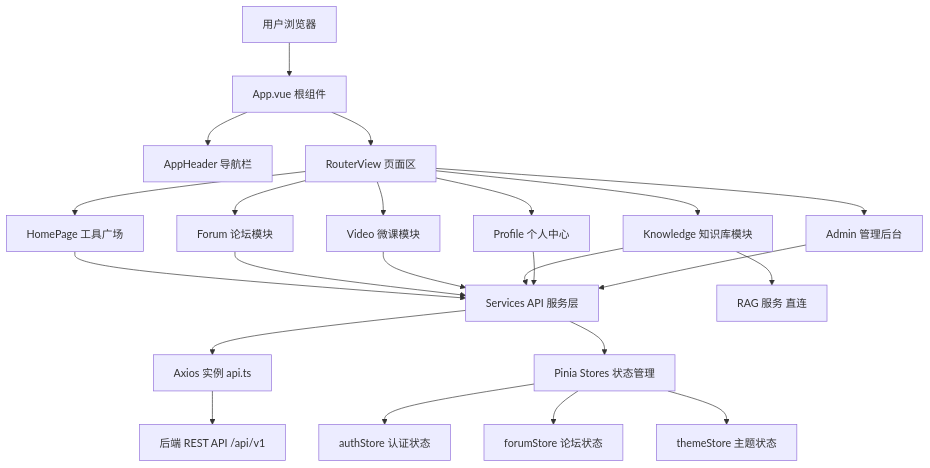
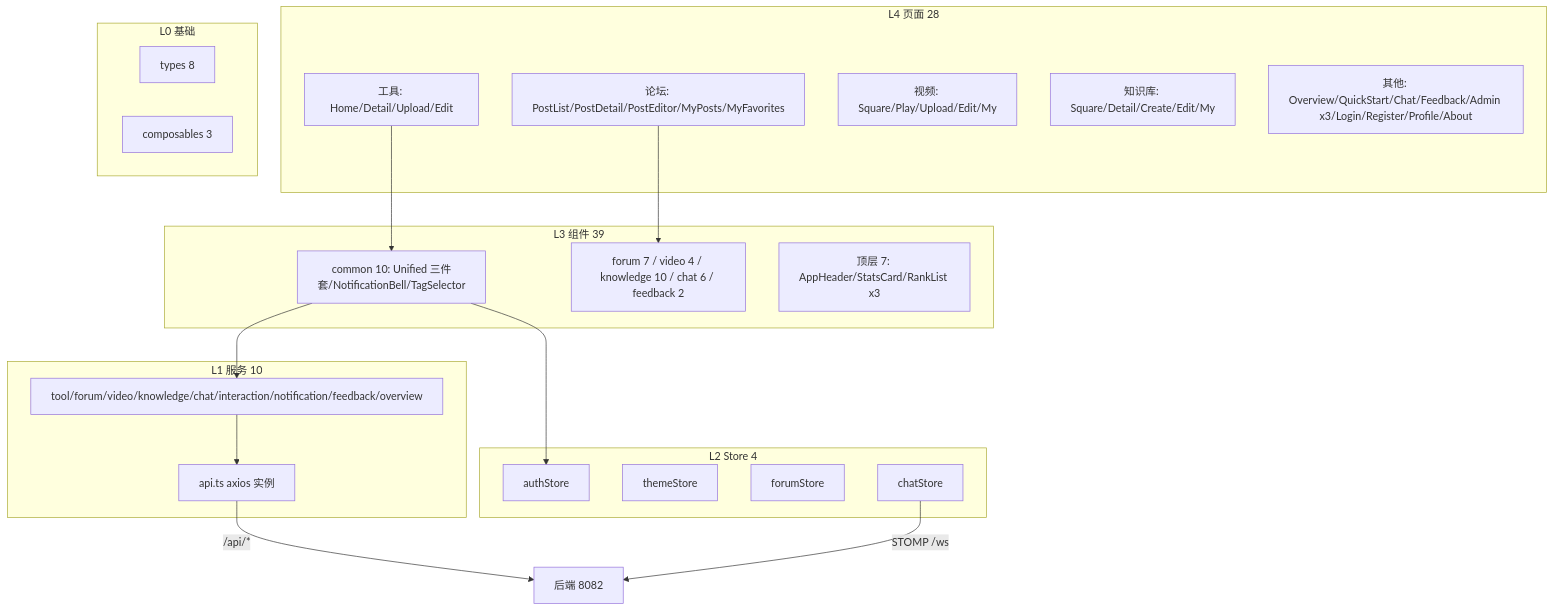
One commit to mambo-wang/CodingHub changed the diagram in repowiki/wiki/modules/前端应用.md. Above: the diagram before and after it, drawn with Mermaid. The commit also changed other lines of this file and 99 other files, not shown here.

````diff
--- a/repowiki/wiki/modules/前端应用.md
+++ b/repowiki/wiki/modules/前端应用.md
@@ -34,25 +23,36 @@
 ```mermaid
 graph TD
-    A[用户浏览器] --> B[App.vue 根组件]
-    B --> C[AppHeader 导航栏]
-    B --> D[RouterView 页面区]
-    D --> E[HomePage 工具广场]
-    D --> F[Forum 论坛模块]
-    D --> G[Video 微课模块]
-    D --> H[Knowledge 知识库模块]
-    D --> I[Profile 个人中心]
-    D --> J[Admin 管理后台]
-    E --> K[Services API 服务层]
-    F --> K
-    G --> K
-    H --> K
-    I --> K
-    J --> K
-    K --> L[Axios 实例 api.ts]
-    L --> M[后端 REST API /api/v1]
-    H --> N[RAG 服务 直连]
-    K --> O[Pinia Stores 状态管理]
-    O --> P[authStore 认证状态]
-    O --> Q[forumStore 论坛状态]
-    O --> R[themeStore 主题状态]
+    subgraph L4 页面 28
+        P1[工具: Home/Detail/Upload/Edit]
+        P2[论坛: PostList/PostDetail/PostEditor/MyPosts/MyFavorites]
+        P3[视频: Square/Play/Upload/Edit/My]
+        P4[知识库: Square/Detail/Create/Edit/My]
+        P5[其他: Overview/QuickStart/Chat/Feedback/Admin x3/Login/Register/Profile/About]
+    end
+    subgraph L3 组件 39
+        C1[common 10: Unified 三件套/NotificationBell/TagSelector]
+        C2[forum 7 / video 4 / knowledge 10 / chat 6 / feedback 2]
+        C3[顶层 7: AppHeader/StatsCard/RankList x3]
+    end
+    subgraph L2 Store 4
+        S1[authStore] 
+        S2[themeStore]
+        S3[forumStore]
+        S4[chatStore]
+    end
+    subgraph L1 服务 10
+        API[api.ts axios 实例]
+        SVC[tool/forum/video/knowledge/chat/interaction/notification/feedback/overview]
+    end
+    subgraph L0 基础
+        T[types 8]
+        CP[composables 3]
+    end
+    P1 --> C1
+    P2 --> C2
+    C1 --> S1
+    C1 --> SVC
+    SVC --> API
+    API -->|/api/*| BE[后端 8082]
+    S4 -->|STOMP /ws| BE
 ```
````
